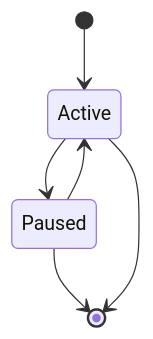
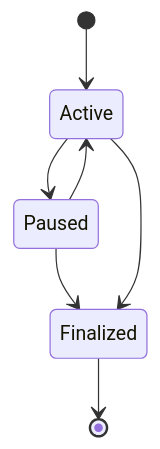
Before and after one commit to ideal-lab5/idn-sdk: the diagram in pallets/idn-manager/docs/mermaid/sub_state_lifecycle.mmd, drawn with Mermaid. The commit also changed 5 other files, not shown here.

```diff
--- a/pallets/idn-manager/docs/mermaid/sub_state_lifecycle.mmd
+++ b/pallets/idn-manager/docs/mermaid/sub_state_lifecycle.mmd
@@ -1,6 +1,7 @@
 stateDiagram-v2
     [*] --> Active
     Active --> Paused
     Paused --> Active
-    Paused --> [*]
-    Active --> [*]
+    Paused --> Finalized
+    Active --> Finalized
+    Finalized --> [*]
```
